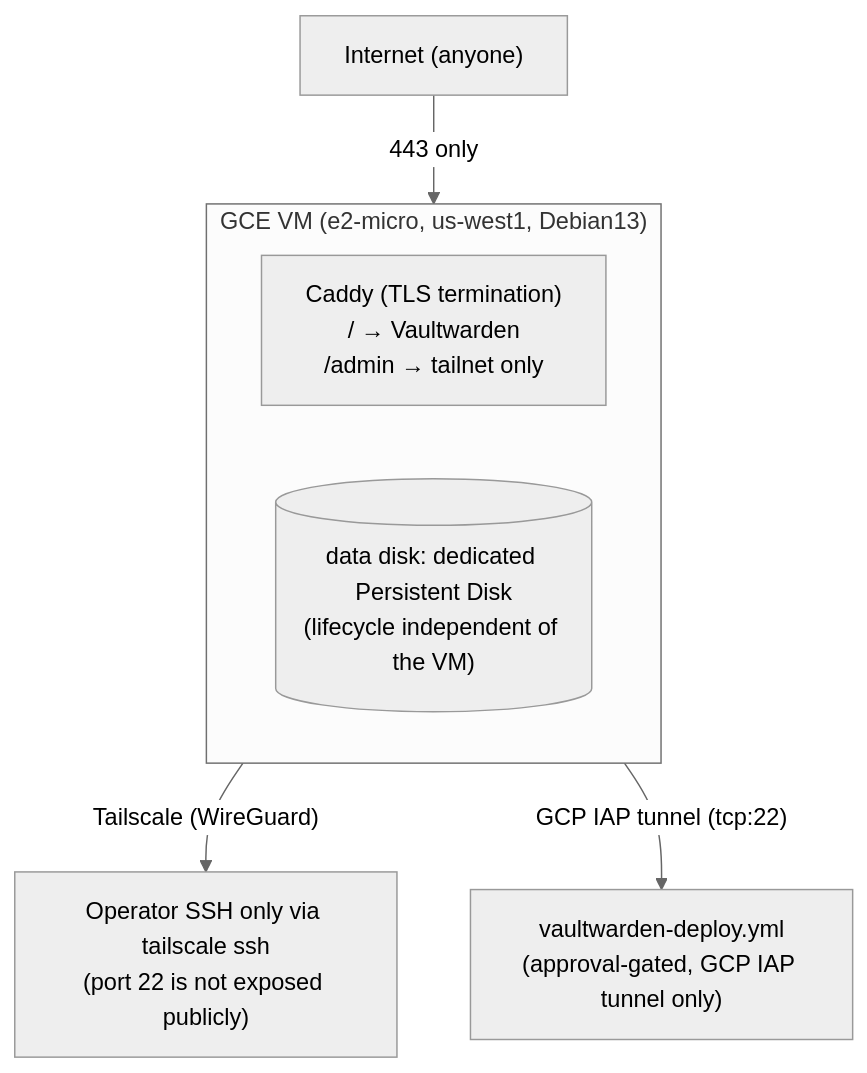
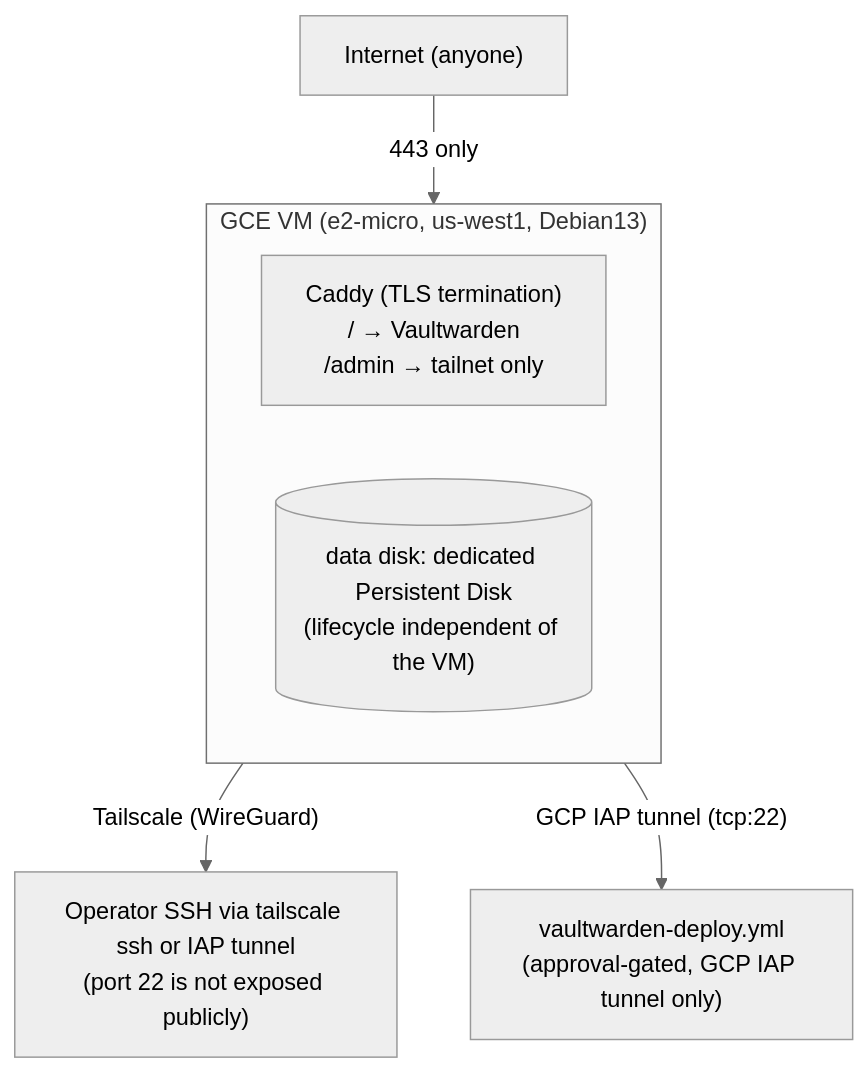
Before and after one commit to kuchida1981/vaultwarden-ops: the diagram in README.md, drawn with Mermaid (neutral theme). The commit also changed other lines of this file and 1 other file, not shown here.

First line of the commit message:
docs: describe IAP tunnel as the SSH fallback

````diff
--- a/README.md
+++ b/README.md
@@ -19,14 +19,14 @@
 ```mermaid
 flowchart TB
     internet["Internet (anyone)"]
     subgraph vm["GCE VM (e2-micro, us-west1, Debian13)"]
         caddy["Caddy (TLS termination)<br/>/ → Vaultwarden<br/>/admin → tailnet only"]
         disk[("data disk: dedicated Persistent Disk<br/>(lifecycle independent of the VM)")]
     end
-    admin["Operator SSH only via tailscale ssh<br/>(port 22 is not exposed publicly)"]
+    admin["Operator SSH via tailscale ssh or IAP tunnel<br/>(port 22 is not exposed publicly)"]
     ci["vaultwarden-deploy.yml<br/>(approval-gated, GCP IAP tunnel only)"]
 
     internet -->|"443 only"| vm
     vm -->|"Tailscale (WireGuard)"| admin
     vm -->|"GCP IAP tunnel (tcp:22)"| ci
 ```
````
